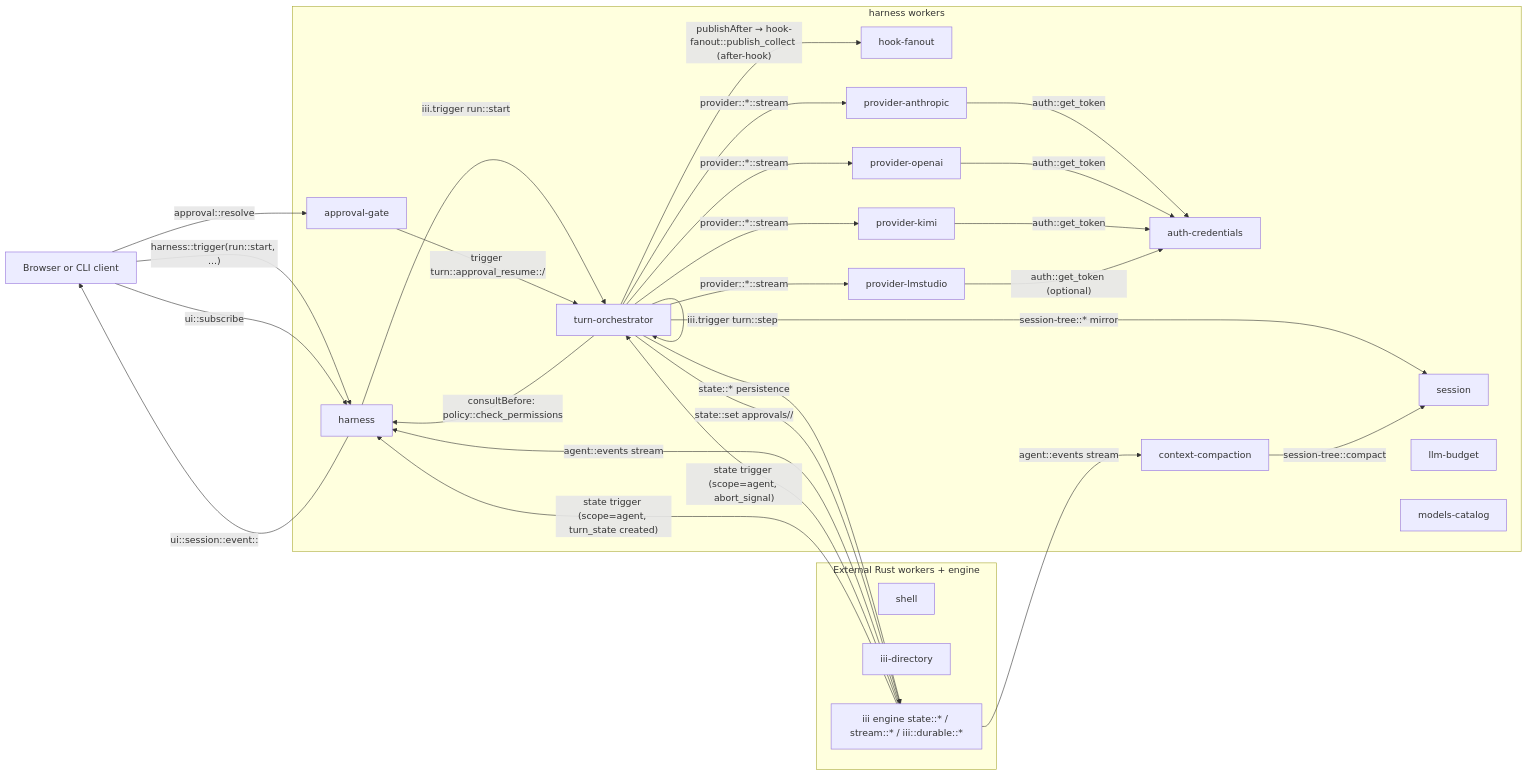
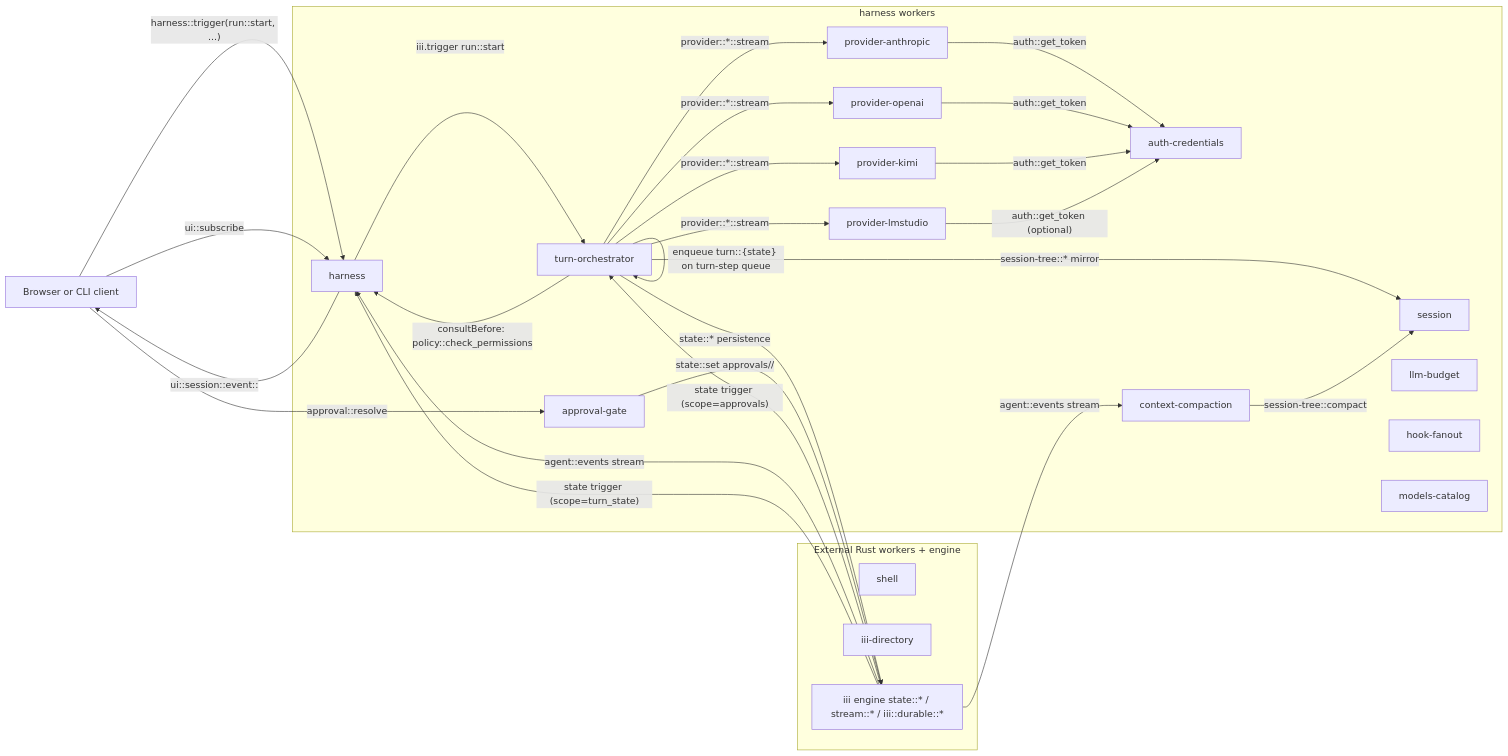
One commit to iii-hq/workers changed the first of 5 diagrams in harness/docs/architecture.md. Above: the diagram before and after it, drawn with Mermaid. The commit also changed other lines of this file and 138 other files, not shown here.

First line of the commit message:
Turn-orchestrator: leaner durable FSM (reactive approval, finishSession teardown, readability) (#185)

````diff
--- a/harness/docs/architecture.md
+++ b/harness/docs/architecture.md
@@ -37,56 +39,54 @@
 ```mermaid
 flowchart LR
   client[Browser or CLI client]
 
   subgraph harnessNode [harness workers]
     harness[harness]
     turnOrch[turn-orchestrator]
     approval[approval-gate]
     session[session]
     budget[llm-budget]
     hook[hook-fanout]
     auth[auth-credentials]
     models[models-catalog]
     provAnth[provider-anthropic]
     provOAI[provider-openai]
     provKimi[provider-kimi]
     provLms[provider-lmstudio]
     compact[context-compaction]
   end
 
   subgraph external [External Rust workers + engine]
     shell[shell]
     directory[iii-directory]
     state["iii engine state::* / stream::* / iii::durable::*"]
   end
 
   client -- "harness::trigger(run::start, ...)" --> harness
   harness -- "iii.trigger run::start" --> turnOrch
   client -- "ui::subscribe" --> harness
 
   turnOrch -- "provider::*::stream" --> provAnth
   turnOrch -- "provider::*::stream" --> provOAI
   turnOrch -- "provider::*::stream" --> provKimi
   turnOrch -- "provider::*::stream" --> provLms
   turnOrch -- "consultBefore: policy::check_permissions" --> harness
-  turnOrch -- "publishAfter → hook-fanout::publish_collect (after-hook)" --> hook
   turnOrch -- "session-tree::* mirror" --> session
   turnOrch -- "state::* persistence" --> state
 
   client -- "approval::resolve" --> approval
-  approval -- "trigger turn::approval_resume::<sid>/<cid>" --> turnOrch
-  turnOrch -- "state::set approvals/<sid>/<cid>" --> state
-  turnOrch -- "iii.trigger turn::step" --> turnOrch
+  approval -- "state::set approvals/<sid>/<cid>" --> state
+  state -- "state trigger (scope=approvals)" --> turnOrch
+  turnOrch -- "enqueue turn::{state} on turn-step queue" --> turnOrch
 
   provAnth -- "auth::get_token" --> auth
   provOAI -- "auth::get_token" --> auth
   provKimi -- "auth::get_token" --> auth
   provLms -- "auth::get_token (optional)" --> auth
 
   state -- "agent::events stream" --> harness
   state -- "agent::events stream" --> compact
-  state -- "state trigger (scope=agent, abort_signal)" --> turnOrch
-  state -- "state trigger (scope=agent, turn_state created)" --> harness
+  state -- "state trigger (scope=turn_state)" --> harness
   harness -- "ui::session::event::<browser_id>" --> client
   compact -- "session-tree::compact" --> session
 ```
````
